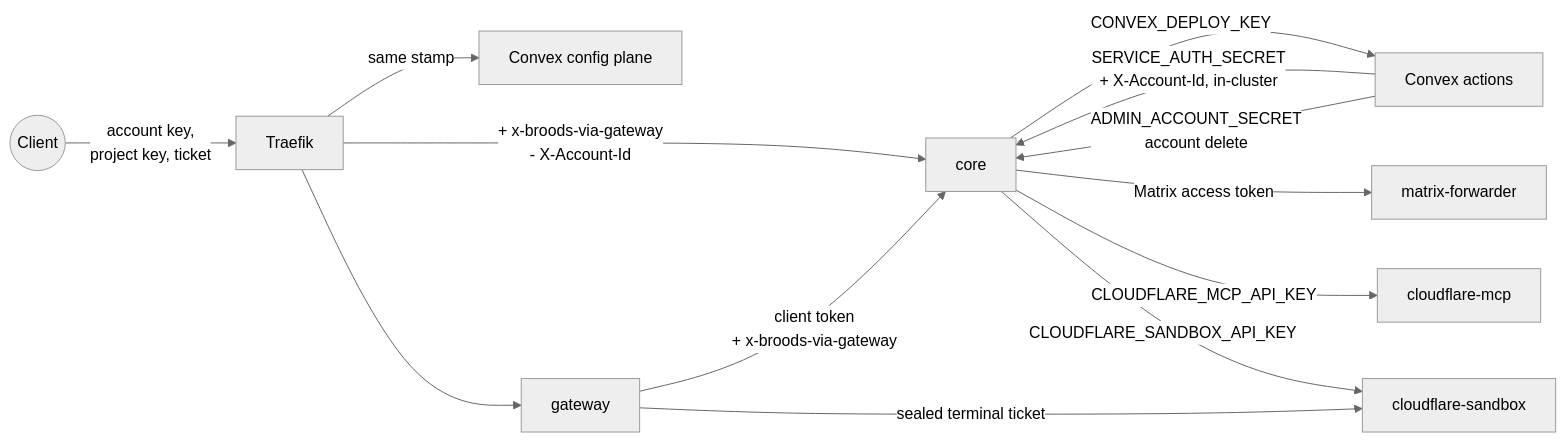
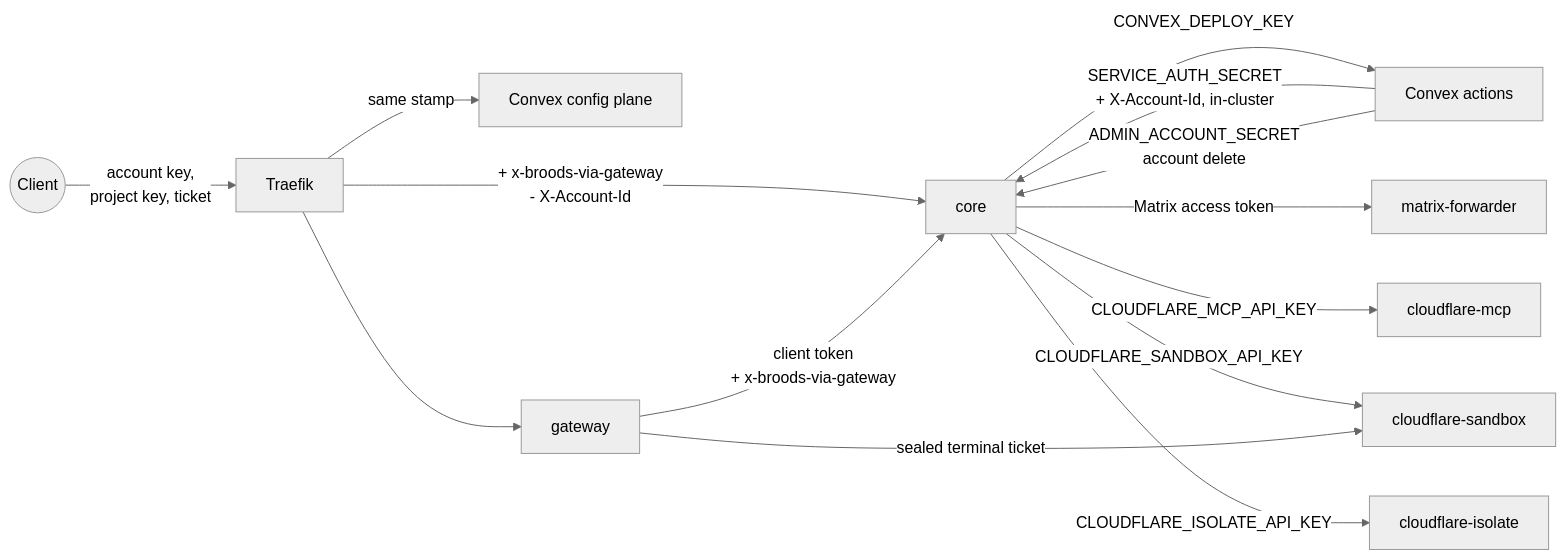
One commit to beeblastco/broods changed the fifth of 8 diagrams in apps/docs/docs/internals/operations.md. Above: the diagram before and after it, drawn with Mermaid (neutral theme). The commit also changed other lines of this file and 17 other files, not shown here.

````diff
--- a/apps/docs/docs/internals/operations.md
+++ b/apps/docs/docs/internals/operations.md
@@ -187,15 +188,16 @@
 ```mermaid
 flowchart LR
   Client((Client)) -->|"account key,<br/>project key, ticket"| Traefik
   Traefik -->|"+ x-broods-via-gateway<br/>- X-Account-Id"| Core[core]
   Traefik -->|same stamp| Site[Convex config plane]
   Traefik --> Gateway[gateway]
   Gateway -->|"client token<br/>+ x-broods-via-gateway"| Core
   Convex[Convex actions] -->|"SERVICE_AUTH_SECRET<br/>+ X-Account-Id, in-cluster"| Core
   Convex -->|"ADMIN_ACCOUNT_SECRET<br/>account delete"| Core
   Core -->|CONVEX_DEPLOY_KEY| Convex
   Core -->|Matrix access token| MFwd[matrix-forwarder]
   Core -->|CLOUDFLARE_MCP_API_KEY| MCP[cloudflare-mcp]
   Core -->|CLOUDFLARE_SANDBOX_API_KEY| SBX[cloudflare-sandbox]
+  Core -->|CLOUDFLARE_ISOLATE_API_KEY| ISO[cloudflare-isolate]
   Gateway -->|sealed terminal ticket| SBX
 ```
````
